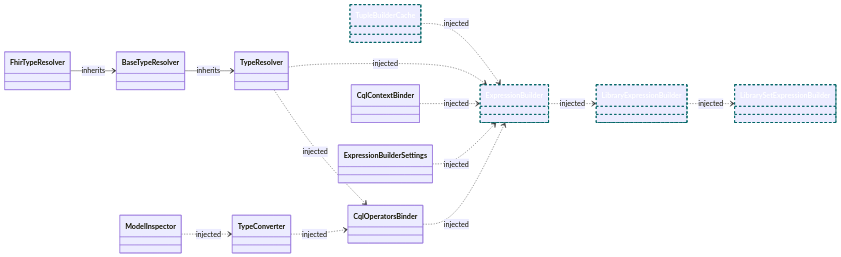
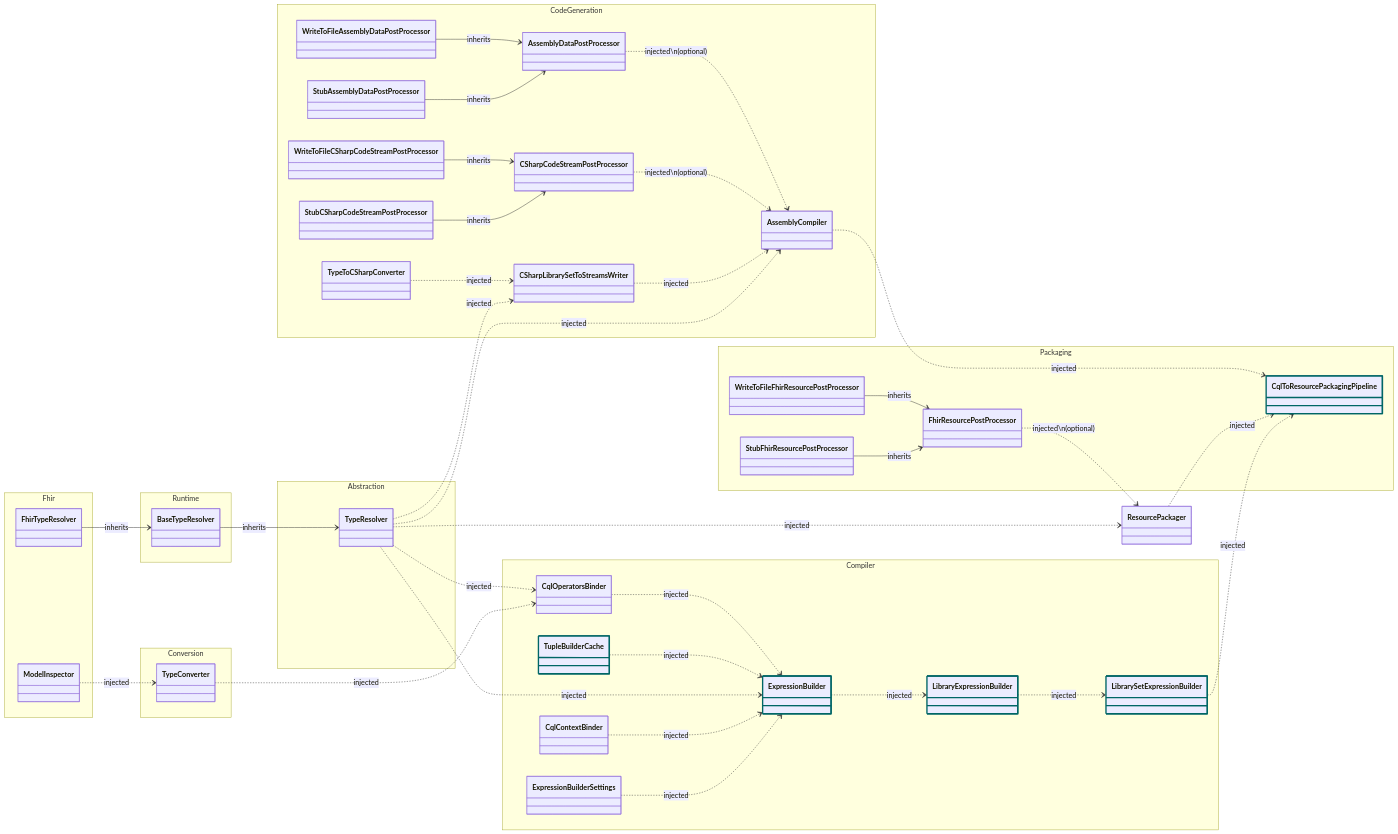
The diagram in docs/packager-cli-dependency-graph.md (FirelyTeam/firely-cql-sdk), drawn with Mermaid before and after one commit. The commit also changed other lines of this file, not shown here.

Commit message:
Update diagram

````diff
--- a/docs/packager-cli-dependency-graph.md
+++ b/docs/packager-cli-dependency-graph.md
@@ -12,25 +13,70 @@
 classDiagram
     direction LR
 
-    %% HACK: Mermaid doesnt support commas withing generic, so use a similar looking character (﹐)
+    namespace Compiler {
+        class LibrarySetExpressionBuilder { }    
+        class LibraryExpressionBuilder { }    
+        class ExpressionBuilder { }    
+        class ExpressionBuilderSettings { }    
+        class TupleBuilderCache { }
+        class CqlContextBinder { }
+        class CqlOperatorsBinder { }
+    }
 
-    class LibrarySetExpressionBuilder{ }
-    class LibraryExpressionBuilder { }        
-    class ExpressionBuilder { }
-    class TupleBuilderCache { } 
+    namespace CodeGeneration {
+        class CSharpCodeStreamPostProcessor { }
+        class WriteToFileCSharpCodeStreamPostProcessor { }
+        class StubCSharpCodeStreamPostProcessor { }
+        class AssemblyDataPostProcessor { }
+        class WriteToFileAssemblyDataPostProcessor { }
+        class StubAssemblyDataPostProcessor { }
+        class TypeToCSharpConverter { }
+        class CSharpLibrarySetToStreamsWriter { }
+        class AssemblyCompiler { }
+    }
 
-    %% Style Scoped services
-    style TupleBuilderCache stroke:#066,stroke-width:2px,color:#fff,stroke-dasharray: 5 5
-    style LibrarySetExpressionBuilder stroke:#066,stroke-width:2px,color:#fff,stroke-dasharray: 5 5
-    style LibraryExpressionBuilder stroke:#066,stroke-width:2px,color:#fff,stroke-dasharray: 5 5
-    style ExpressionBuilder stroke:#066,stroke-width:2px,color:#fff,stroke-dasharray: 5 5
+    namespace Packaging {
+        class FhirResourcePostProcessor { }
+        class WriteToFileFhirResourcePostProcessor { }
+        class StubFhirResourcePostProcessor { }
+        class CqlToResourcePackagingPipeline { }
+    }
+
+    namespace Abstraction {
+        class TypeResolver { }
+    }
+
+    namespace Runtime {
+        class BaseTypeResolver { }
+    }
+
+    namespace Fhir {
+        class FhirTypeResolver { }
+        class ModelInspector { }
+    }
+
+    namespace Conversion {
+        class TypeConverter { }
+    }
+
+    style LibrarySetExpressionBuilder stroke:#066,stroke-width:3px
+    style LibraryExpressionBuilder stroke:#066,stroke-width:3px
+    style ExpressionBuilder stroke:#066,stroke-width:3px
+    style TupleBuilderCache stroke:#066,stroke-width:3px
+    style CqlToResourcePackagingPipeline stroke:#066,stroke-width:3px
 
     %% Inheritance  
 
     BaseTypeResolver --> TypeResolver : inherits
     FhirTypeResolver --> BaseTypeResolver : inherits
+    WriteToFileCSharpCodeStreamPostProcessor --> CSharpCodeStreamPostProcessor : inherits
+    StubCSharpCodeStreamPostProcessor --> CSharpCodeStreamPostProcessor : inherits
+    WriteToFileAssemblyDataPostProcessor --> AssemblyDataPostProcessor : inherits
+    StubAssemblyDataPostProcessor --> AssemblyDataPostProcessor : inherits
+    WriteToFileFhirResourcePostProcessor --> FhirResourcePostProcessor : inherits
+    StubFhirResourcePostProcessor --> FhirResourcePostProcessor : inherits
 
-    %% Injected Dependencies
+   %% Dependencies
 
     LibraryExpressionBuilder ..> LibrarySetExpressionBuilder : injected
 
@@ -46,4 +92,20 @@
     TypeConverter ..> CqlOperatorsBinder : injected
 
     ModelInspector ..> TypeConverter : injected  
+
+    TypeToCSharpConverter ..> CSharpLibrarySetToStreamsWriter : injected
+
+    AssemblyDataPostProcessor ..> AssemblyCompiler : injected\n(optional)
+    CSharpCodeStreamPostProcessor ..> AssemblyCompiler : injected\n(optional)
+    CSharpLibrarySetToStreamsWriter ..> AssemblyCompiler : injected
+    TypeResolver ..> AssemblyCompiler : injected
+    
+    TypeResolver ..> CSharpLibrarySetToStreamsWriter : injected
+
+    AssemblyCompiler ..> CqlToResourcePackagingPipeline : injected
+    ResourcePackager ..> CqlToResourcePackagingPipeline : injected 
+    LibrarySetExpressionBuilder ..> CqlToResourcePackagingPipeline : injected
+    
+    TypeResolver ..> ResourcePackager : injected
+    FhirResourcePostProcessor ..> ResourcePackager : injected\n(optional) 
 ```
````
